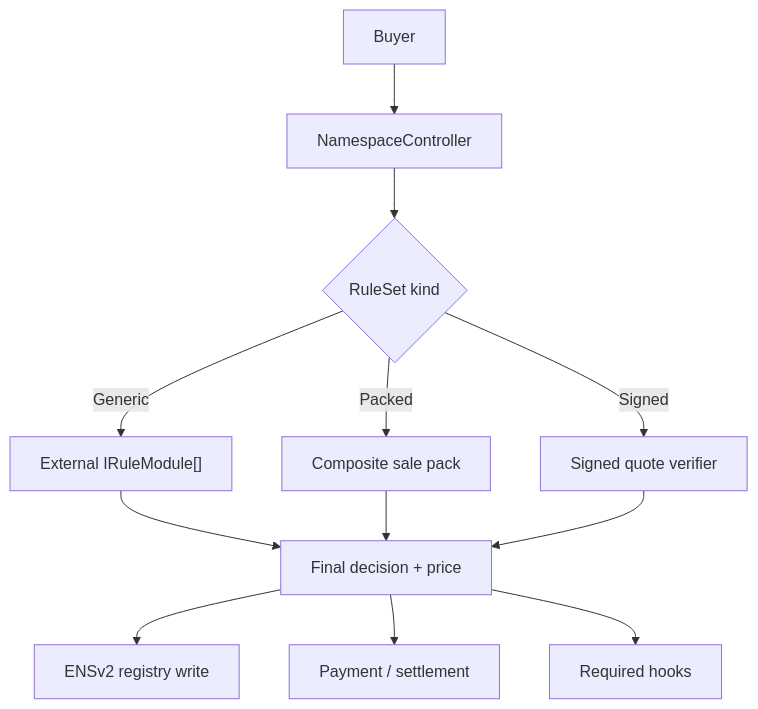
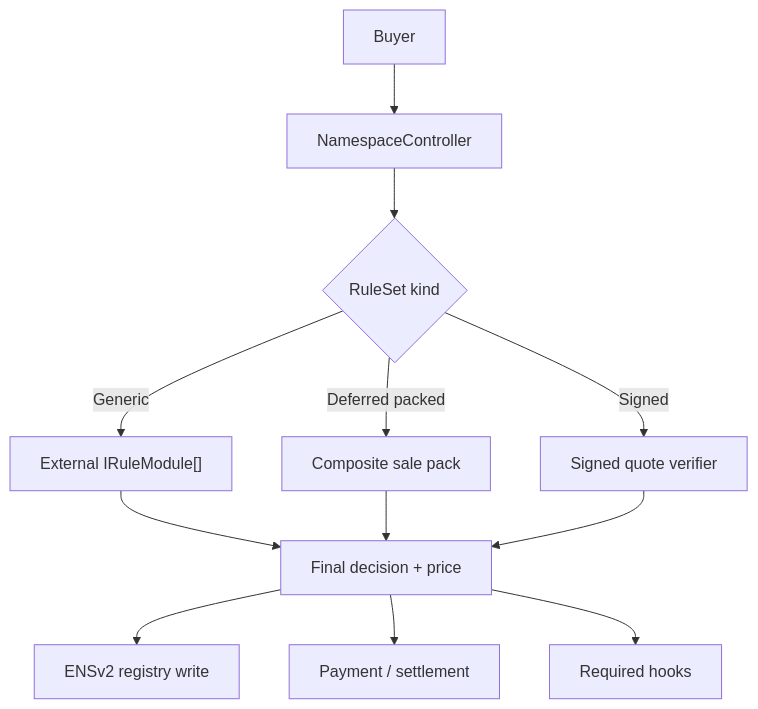
One commit to envoy1084/namespace-contracts-v2 changed the second of 2 diagrams in research/namespace-architecture-gas-review.md. Above: the diagram before and after it, drawn with Mermaid. The commit also changed other lines of this file and 21 other files, not shown here.

````diff
--- a/research/namespace-architecture-gas-review.md
+++ b/research/namespace-architecture-gas-review.md
@@ -339,14 +342,14 @@
 ```mermaid
 flowchart TD
     Buyer["Buyer"] --> Controller["NamespaceController"]
     Controller --> Kind{"RuleSet kind"}
     Kind -->|"Generic"| Generic["External IRuleModule[]"]
-    Kind -->|"Packed"| Pack["Composite sale pack"]
+    Kind -->|"Deferred packed"| Pack["Composite sale pack"]
     Kind -->|"Signed"| Quote["Signed quote verifier"]
     Generic --> Effects["Final decision + price"]
     Pack --> Effects
     Quote --> Effects
     Effects --> Registry["ENSv2 registry write"]
     Effects --> Payment["Payment / settlement"]
     Effects --> Hooks["Required hooks"]
 ```
````
